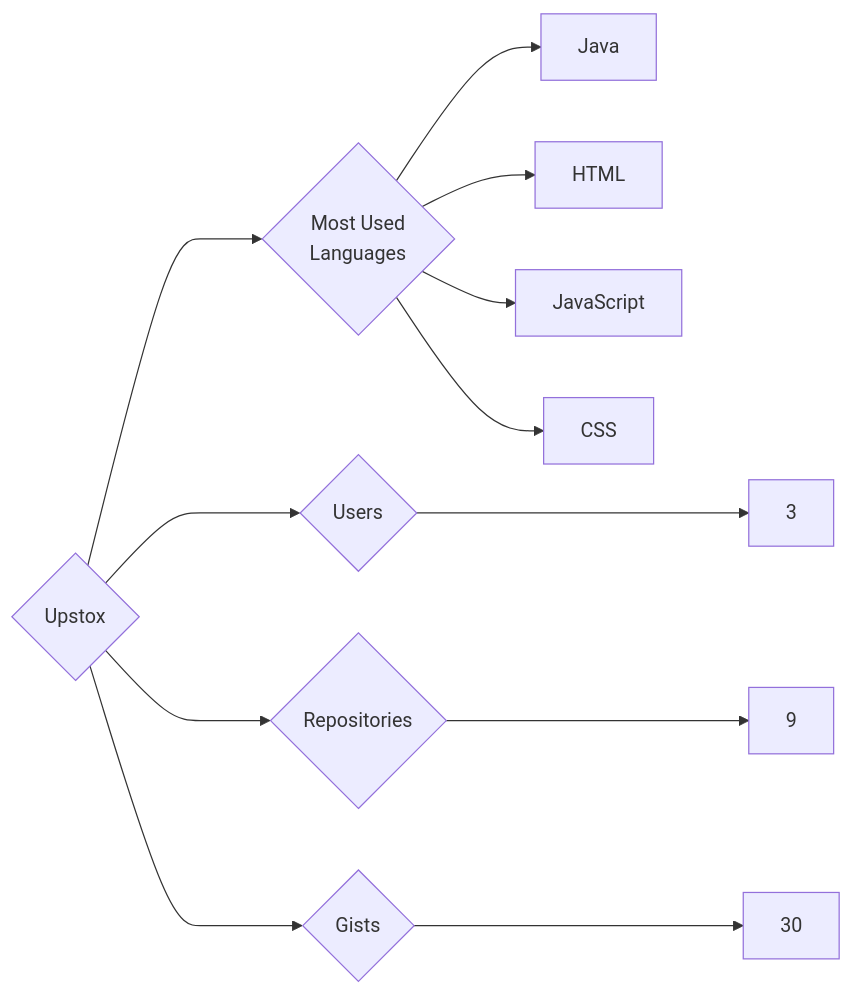
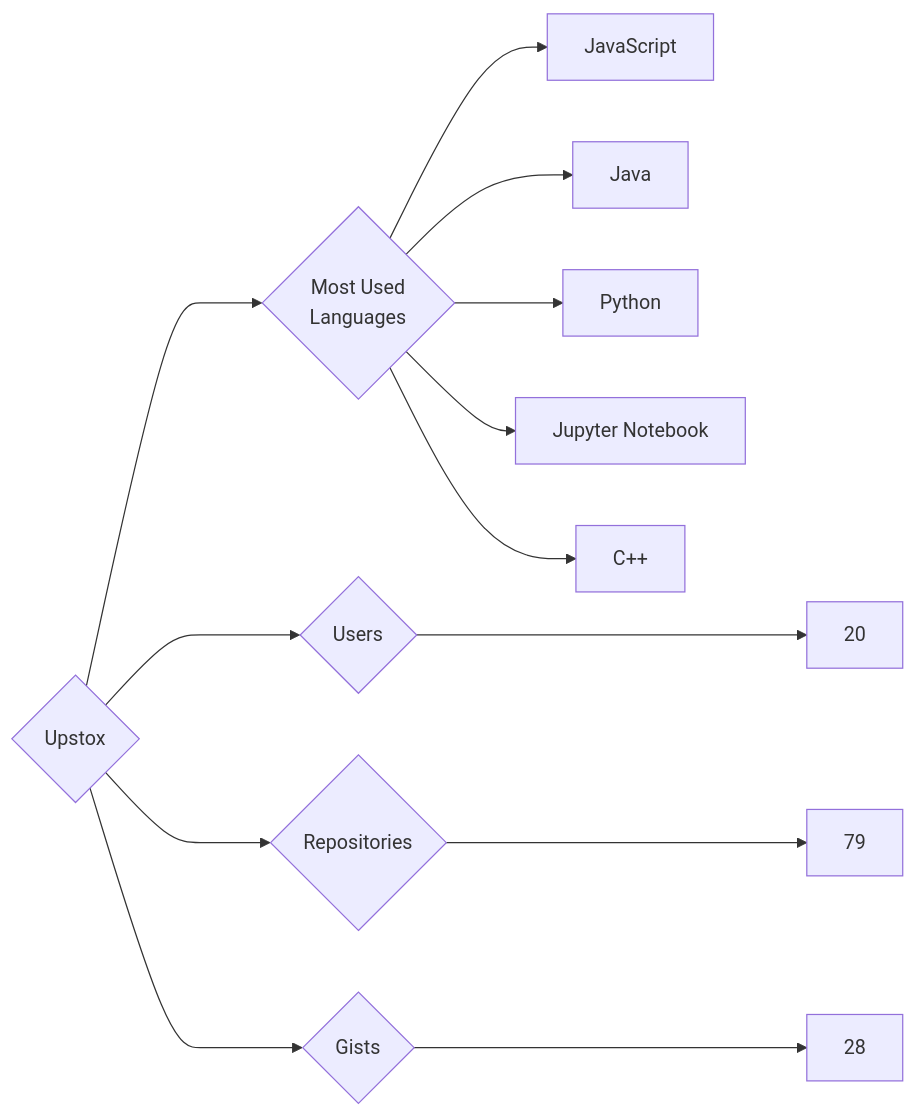
One commit to trickest/insiders changed the diagram in targets/Upstox/README.md. Above: the diagram before and after it, drawn with Mermaid. The commit also changed 806 other files, not shown here.

````diff
--- a/targets/Upstox/README.md
+++ b/targets/Upstox/README.md
@@ -3,12 +3,13 @@
 ```mermaid
 graph LR
 COMPANY_NAME{Upstox}
-COMPANY_NAME ---> U{Users} ---> UN[3]
-COMPANY_NAME ---> R{Repositories} ---> RN[9]
-COMPANY_NAME ---> G{Gists} ---> GN[30]
+COMPANY_NAME ---> U{Users} ---> UN[20]
+COMPANY_NAME ---> R{Repositories} ---> RN[79]
+COMPANY_NAME ---> G{Gists} ---> GN[28]
 COMPANY_NAME ---> ML{Most Used<br>Languages}
+ML --> JavaScript[JavaScript]
 ML --> Java[Java]
-ML --> HTML[HTML]
-ML --> JavaScript[JavaScript]
-ML --> CSS[CSS]
+ML --> Python[Python]
+ML --> Jupyter_Notebook[Jupyter Notebook]
+ML --> C++[C++]
 ```
````
